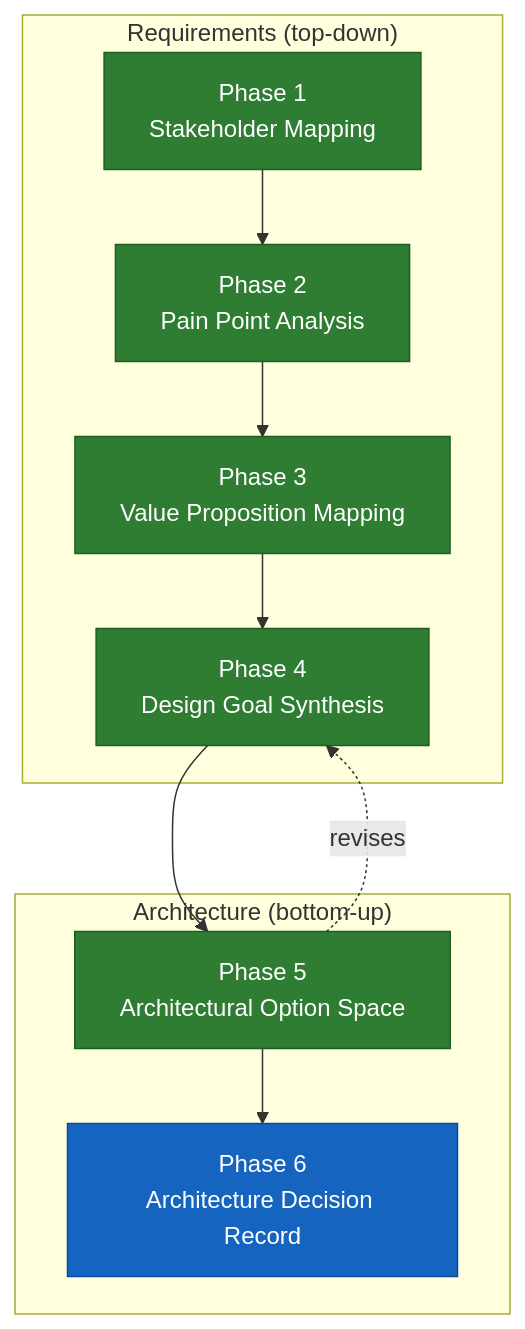
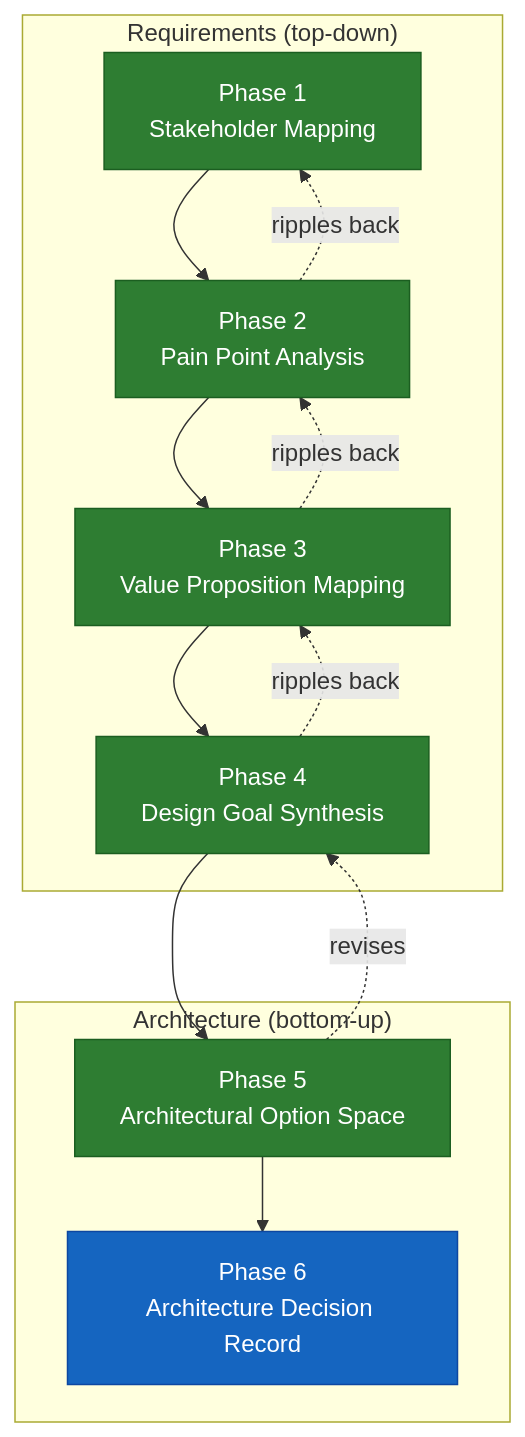
The diagram in tech-docs/architecture/0-tva-methodology.md (The-AI-Alliance/tapestry), drawn with Mermaid before and after one commit. The commit also changed other lines of this file and 19 other files, not shown here.

First line of the commit message:
docs(architecture): TVA iteration workflow, ADRs, training reference

````diff
--- a/tech-docs/architecture/0-tva-methodology.md
+++ b/tech-docs/architecture/0-tva-methodology.md
@@ -21,25 +37,28 @@
 ```mermaid
 graph TD
     subgraph Requirements ["Requirements (top-down)"]
         P1["Phase 1\nStakeholder Mapping"]
         P2["Phase 2\nPain Point Analysis"]
         P3["Phase 3\nValue Proposition Mapping"]
         P4["Phase 4\nDesign Goal Synthesis"]
     end
 
     subgraph Architecture ["Architecture (bottom-up)"]
         P5["Phase 5\nArchitectural Option Space"]
         P6["Phase 6\nArchitecture Decision Record"]
     end
 
     P1 --> P2 --> P3 --> P4
     P4 --> P5 --> P6
     P5 -.->|"revises"| P4
+    P4 -.->|"ripples back"| P3
+    P3 -.->|"ripples back"| P2
+    P2 -.->|"ripples back"| P1
 
     style P1 fill:#2e7d32,stroke:#1b5e20,color:#fff
     style P2 fill:#2e7d32,stroke:#1b5e20,color:#fff
     style P3 fill:#2e7d32,stroke:#1b5e20,color:#fff
     style P4 fill:#2e7d32,stroke:#1b5e20,color:#fff
     style P5 fill:#2e7d32,stroke:#1b5e20,color:#fff
     style P6 fill:#1565c0,stroke:#0d47a1,color:#fff
 ```
````
